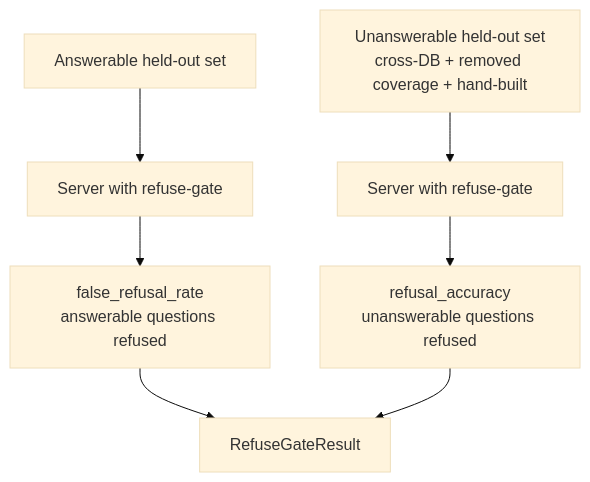
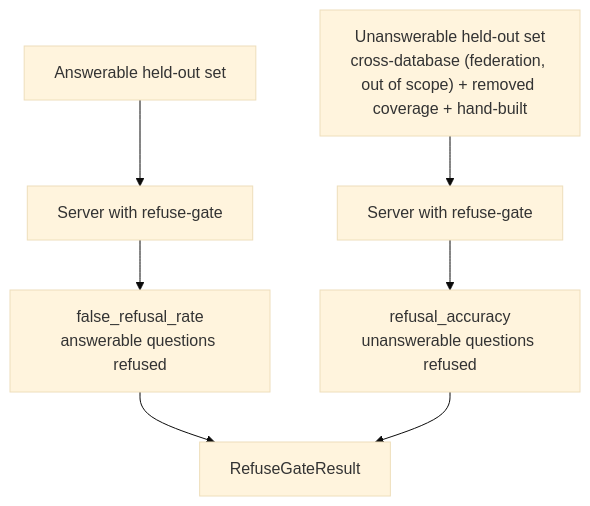
One commit to Minhao-Zhang/governed-bi changed the second of 3 diagrams in docs/diagrams/eval.zh.md. Above: the diagram before and after it, drawn with Mermaid (base theme). The commit also changed other lines of this file and 32 other files, not shown here.

````diff
--- a/docs/diagrams/eval.zh.md
+++ b/docs/diagrams/eval.zh.md
@@ -40,9 +40,9 @@
 ```mermaid
 flowchart TD
     Answerable["Answerable held-out set"] --> ServerA["Server with refuse-gate"]
-    Unanswerable["Unanswerable held-out set<br/>cross-DB + removed coverage + hand-built"] --> ServerU["Server with refuse-gate"]
+    Unanswerable["Unanswerable held-out set<br/>cross-database (federation, out of scope) + removed coverage + hand-built"] --> ServerU["Server with refuse-gate"]
     ServerA --> FalseRefusal["false_refusal_rate<br/>answerable questions refused"]
     ServerU --> RefusalAccuracy["refusal_accuracy<br/>unanswerable questions refused"]
     FalseRefusal --> RefuseResult["RefuseGateResult"]
     RefusalAccuracy --> RefuseResult
 ```
````
